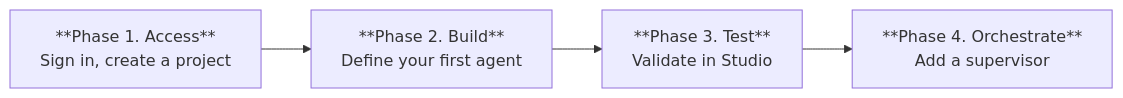
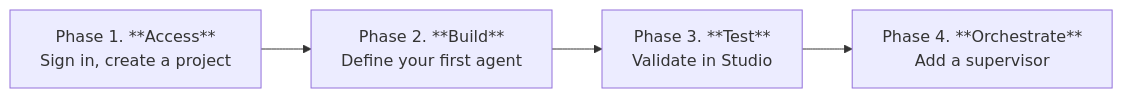
Before and after one commit to Koredotcom/docs-v2: the diagram in agent-platform-v2/getting-started.mdx, drawn with Mermaid. The commit also changed 1 other file, not shown here.

Commit message:
Get started and tutorials updated

````diff
--- a/agent-platform-v2/getting-started.mdx
+++ b/agent-platform-v2/getting-started.mdx
@@ -17,9 +17,9 @@
 ```mermaid
 flowchart LR
-    A["**Phase 1. Access** <br /> Sign in, create a project"]
-    B["**Phase 2. Build** <br /> Define your first agent"]
-    C["**Phase 3. Test** <br /> Validate in Studio"]
-    D["**Phase 4. Orchestrate** <br /> Add a supervisor"]
+    A["Phase 1. **Access** <br /> Sign in, create a project"]
+    B["Phase 2. **Build** <br /> Define your first agent"]
+    C["Phase 3. **Test** <br /> Validate in Studio"]
+    D["Phase 4. **Orchestrate** <br /> Add a supervisor"]
 
     A --> B --> C --> D
 ```
````
